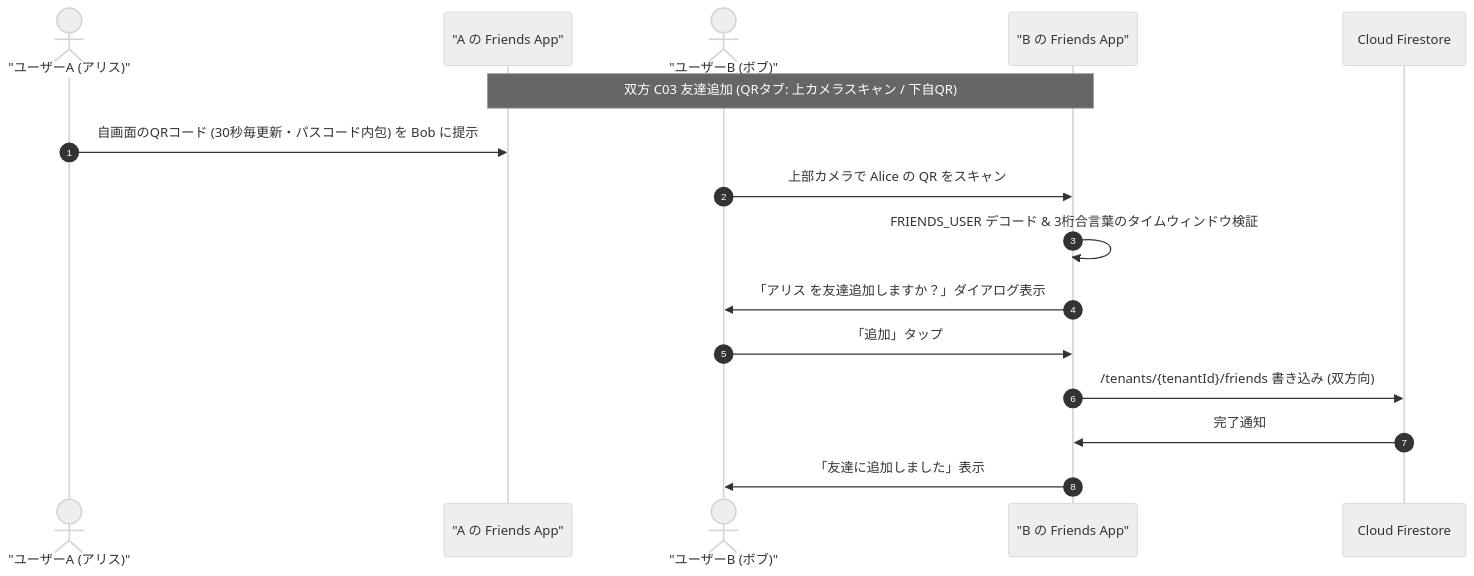
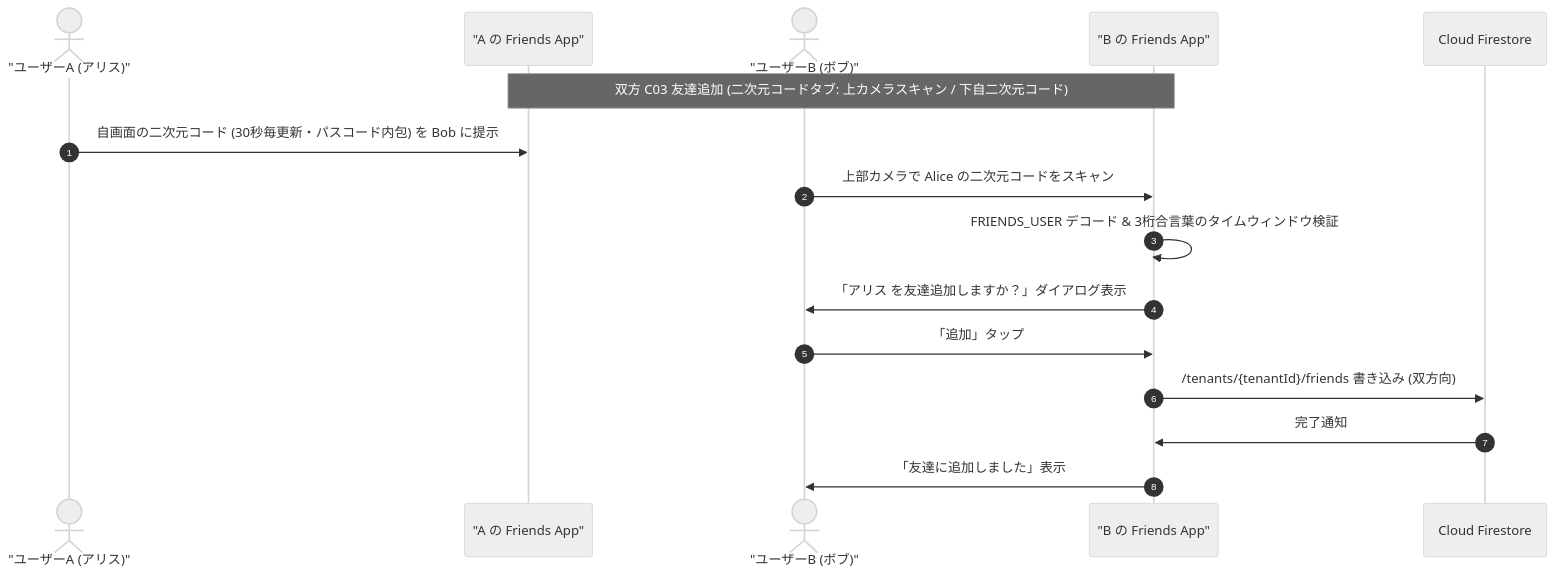
The first of 2 diagrams in doc/07-detailed-usecases/07-06-friend-addition.md (kantowork/friends), drawn with Mermaid (neutral theme) before and after one commit. The commit also changed other lines of this file and 28 other files, not shown here.

````diff
--- a/doc/07-detailed-usecases/07-06-friend-addition.md
+++ b/doc/07-detailed-usecases/07-06-friend-addition.md
@@ -140,20 +140,20 @@
 ```mermaid
 sequenceDiagram
     autonumber
     actor Alice as "ユーザーA (アリス)"
     participant AppA as "A の Friends App"
     actor Bob as "ユーザーB (ボブ)"
     participant AppB as "B の Friends App"
     participant Firestore as Cloud Firestore
 
-    Note over AppA, AppB: 双方 C03 友達追加 (QRタブ: 上カメラスキャン / 下自QR)
+    Note over AppA, AppB: 双方 C03 友達追加 (二次元コードタブ: 上カメラスキャン / 下自二次元コード)
 
-    Alice->>AppA: 自画面のQRコード (30秒毎更新・パスコード内包) を Bob に提示
-    Bob->>AppB: 上部カメラで Alice の QR をスキャン
+    Alice->>AppA: 自画面の二次元コード (30秒毎更新・パスコード内包) を Bob に提示
+    Bob->>AppB: 上部カメラで Alice の二次元コードをスキャン
     AppB->>AppB: FRIENDS_USER デコード & 3桁合言葉のタイムウィンドウ検証
     AppB->>Bob: 「アリス を友達追加しますか？」ダイアログ表示
     Bob->>AppB: 「追加」タップ
     AppB->>Firestore: /tenants/{tenantId}/friends 書き込み (双方向)
     Firestore->>AppB: 完了通知
     AppB->>Bob: 「友達に追加しました」表示
 ```
````
